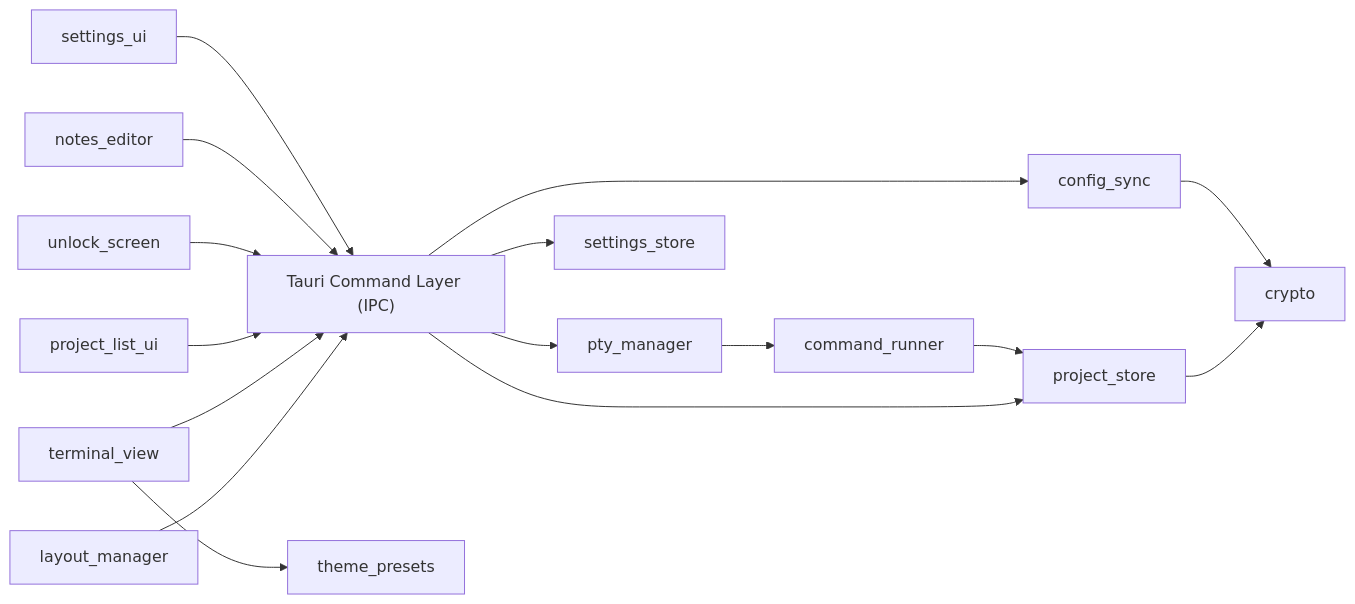
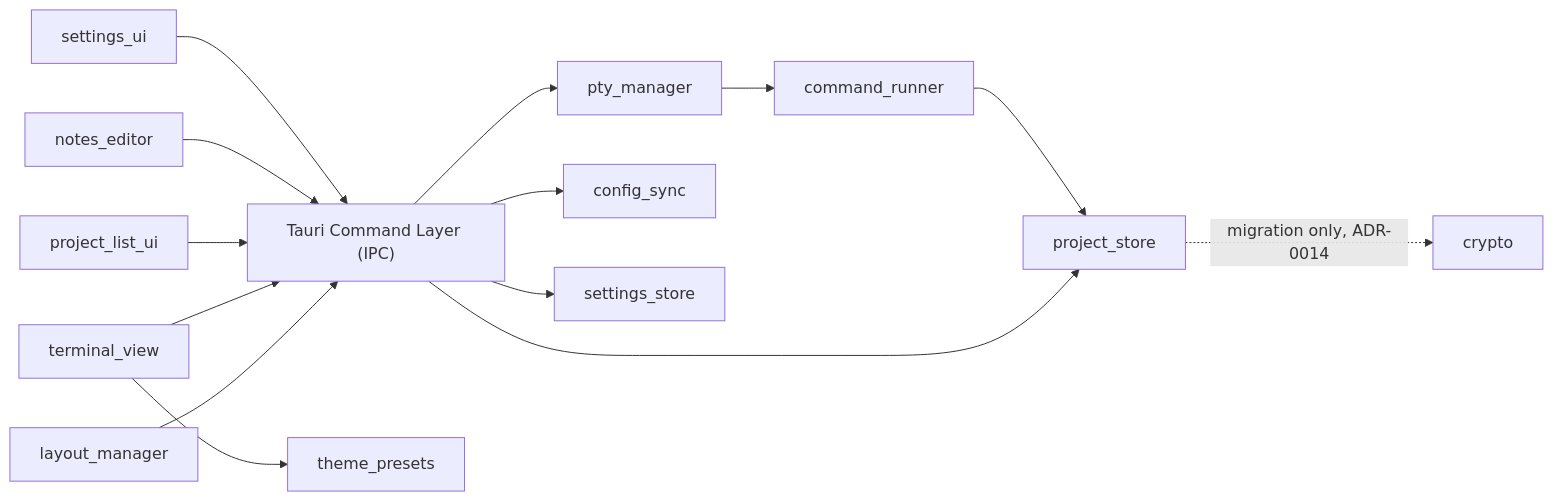
The second of 2 diagrams in docs/backend/architecture.md (putracode3/terminal-navigator), drawn with Mermaid before and after one commit. The commit also changed other lines of this file and 47 other files, not shown here.

````diff
--- a/docs/backend/architecture.md
+++ b/docs/backend/architecture.md
@@ -128,19 +129,17 @@
 ```mermaid
 graph LR
     IPC["Tauri Command Layer (IPC)"] --> project_store
     IPC --> pty_manager
     IPC --> config_sync
     IPC --> settings_store
-    project_store --> crypto
-    config_sync --> crypto
+    project_store -.->|migration only, ADR-0014| crypto
     pty_manager --> command_runner
     command_runner --> project_store
 
     layout_manager --> IPC
     terminal_view --> IPC
     project_list_ui --> IPC
-    unlock_screen --> IPC
     notes_editor --> IPC
     settings_ui --> IPC
     terminal_view --> theme_presets
 ```
````
